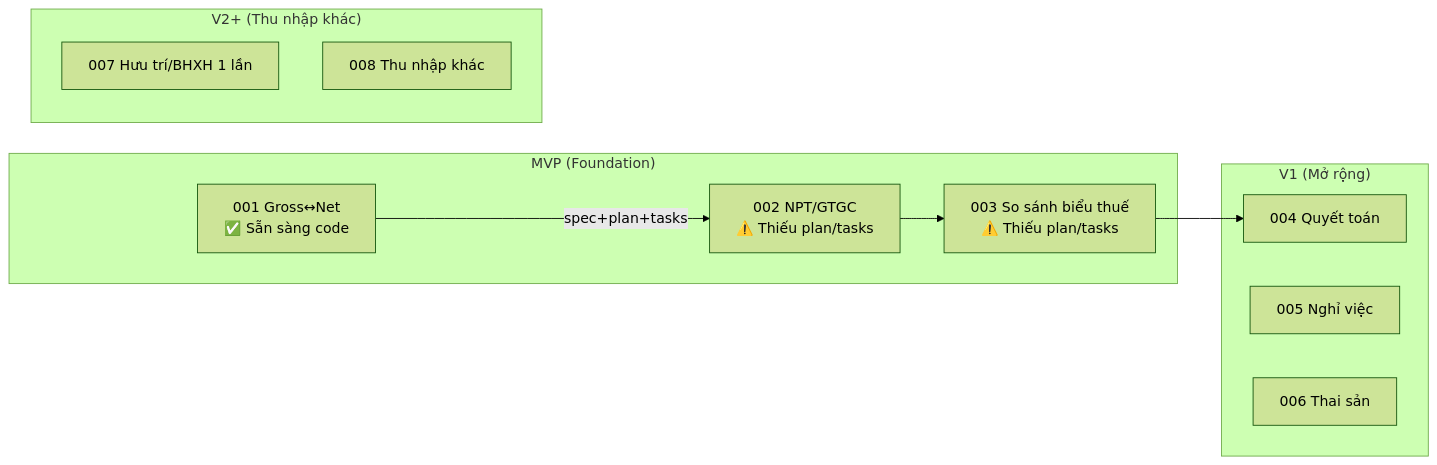
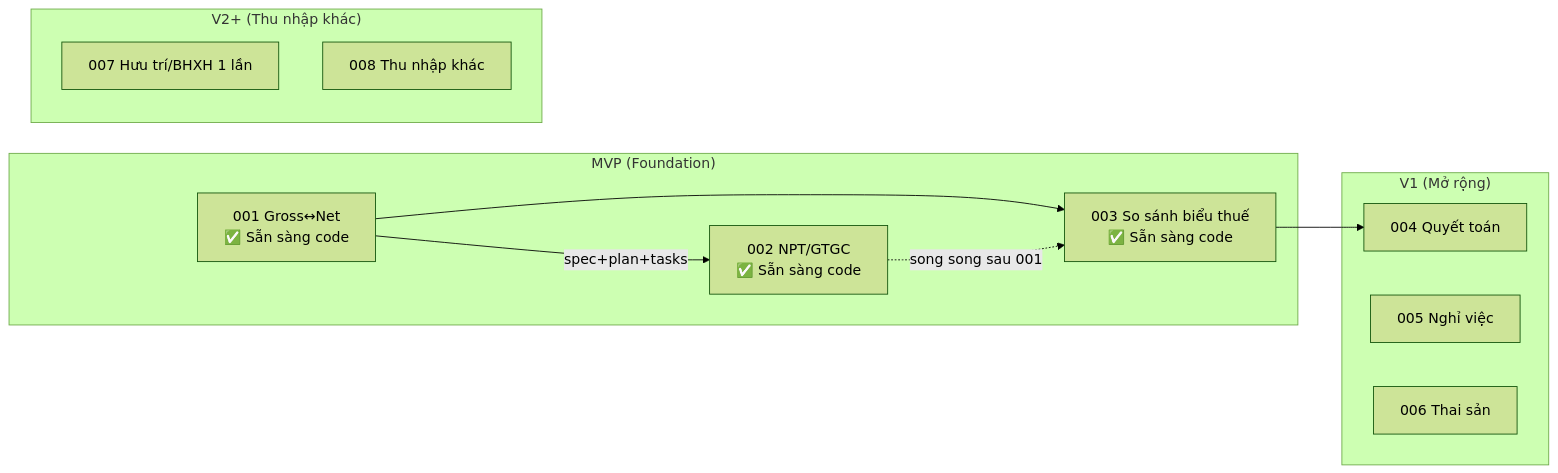
Before and after one commit to kataro92/KSalaryInsights: the diagram in docs/1st_doc_review_report.md, drawn with Mermaid (forest theme). The commit also changed other lines of this file and 34 other files, not shown here.

````diff
--- a/docs/1st_doc_review_report.md
+++ b/docs/1st_doc_review_report.md
@@ -134,20 +135,21 @@
 ```mermaid
 graph LR
     subgraph MVP["MVP (Foundation)"]
         S001["001 Gross↔Net<br/>✅ Sẵn sàng code"]
-        S002["002 NPT/GTGC<br/>⚠️ Thiếu plan/tasks"]
-        S003["003 So sánh biểu thuế<br/>⚠️ Thiếu plan/tasks"]
+        S002["002 NPT/GTGC<br/>✅ Sẵn sàng code"]
+        S003["003 So sánh biểu thuế<br/>✅ Sẵn sàng code"]
     end
     subgraph V1["V1 (Mở rộng)"]
         S004["004 Quyết toán"]
         S005["005 Nghỉ việc"]
         S006["006 Thai sản"]
     end
     subgraph V2["V2+ (Thu nhập khác)"]
         S007["007 Hưu trí/BHXH 1 lần"]
         S008["008 Thu nhập khác"]
     end
     S001 -->|spec+plan+tasks| S002
-    S002 --> S003
+    S001 --> S003
+    S002 -.->|song song sau 001| S003
     S003 --> S004
 ```
````
